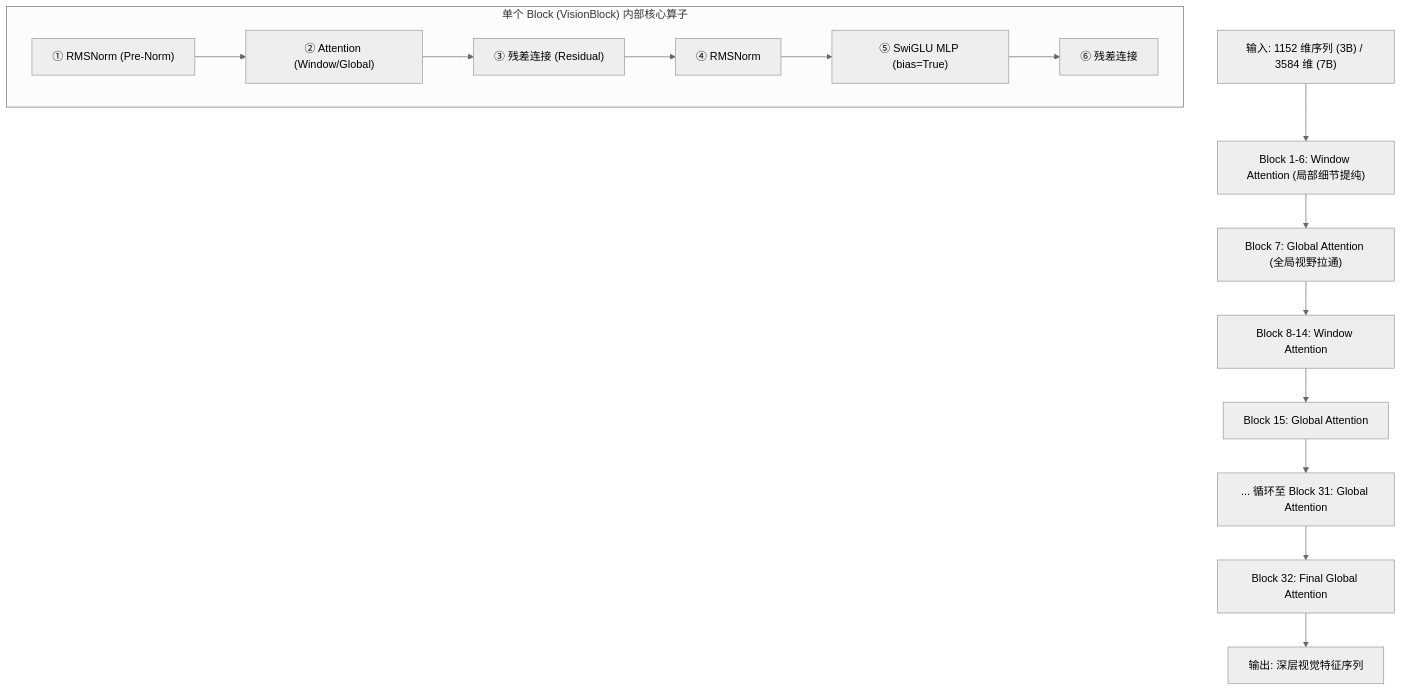
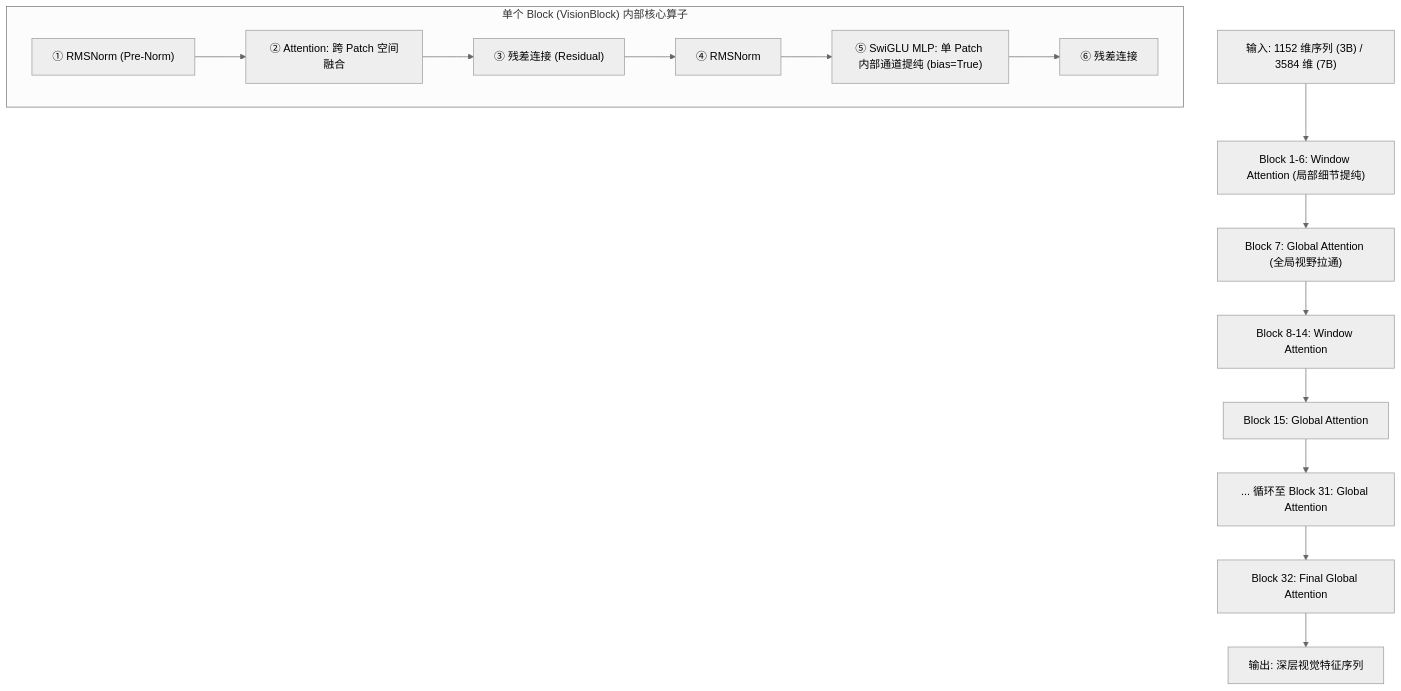
Before and after one commit to pokemonAndCodeMaster/llm_knowledge_base: the diagram in wiki/concepts/vit_核心原理与结构.md, drawn with Mermaid (neutral theme). The commit also changed other lines of this file and 20 other files, not shown here.

````diff
--- a/wiki/concepts/vit_核心原理与结构.md
+++ b/wiki/concepts/vit_核心原理与结构.md
@@ -21,18 +21,18 @@
 ```mermaid
 graph TD
     A["输入: 1152 维序列 (3B) / 3584 维 (7B)"] --> B["Block 1-6: Window Attention (局部细节提纯)"]
     B --> C["Block 7: Global Attention (全局视野拉通)"]
     C --> D["Block 8-14: Window Attention"]
     D --> E["Block 15: Global Attention"]
     E --> F["... 循环至 Block 31: Global Attention"]
     F --> G["Block 32: Final Global Attention"]
     G --> H["输出: 深层视觉特征序列"]
 
     subgraph "单个 Block (VisionBlock) 内部核心算子"
-        N1["① RMSNorm (Pre-Norm)"] --> ATT["② Attention (Window/Global)"]
+        N1["① RMSNorm (Pre-Norm)"] --> ATT["② Attention: 跨 Patch 空间融合"]
         ATT --> ADD1["③ 残差连接 (Residual)"]
         ADD1 --> N2["④ RMSNorm"]
-        N2 --> MLP["⑤ SwiGLU MLP (bias=True)"]
+        N2 --> MLP["⑤ SwiGLU MLP: 单 Patch 内部通道提纯 (bias=True)"]
         MLP --> ADD2["⑥ 残差连接"]
     end
 ```
````
